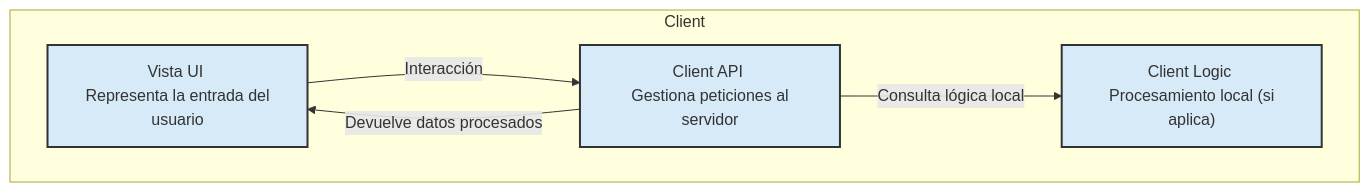
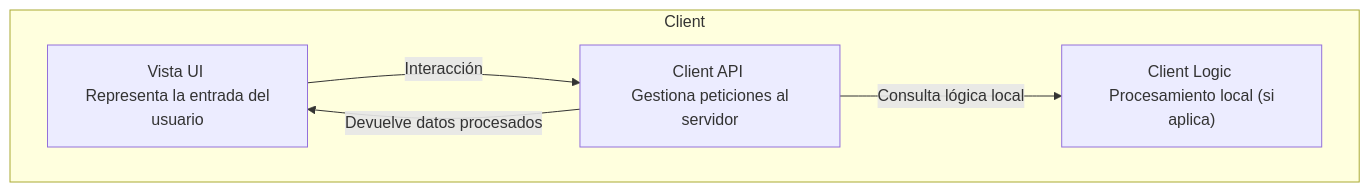
One commit to Dariella06/Rifters changed the diagram in Diagramas/Cliente.mermaid. Above: the diagram before and after it, drawn with Mermaid.

```diff
--- a/Diagramas/Cliente.mermaid
+++ b/Diagramas/Cliente.mermaid
@@ -1,9 +1,8 @@
 flowchart TD
     subgraph Client["Client"]
         A["Vista UI <br> Representa la entrada del usuario"] -->|Interacción| B["Client API <br> Gestiona peticiones al servidor"]
         B -->|Consulta lógica local| M["Client Logic <br> Procesamiento local (si aplica)"]
         B -->|Devuelve datos procesados| A
     end
 
-    classDef client fill:#D6EAF8,stroke:#333,stroke-width:2px;
     class A,B,M client;
```
